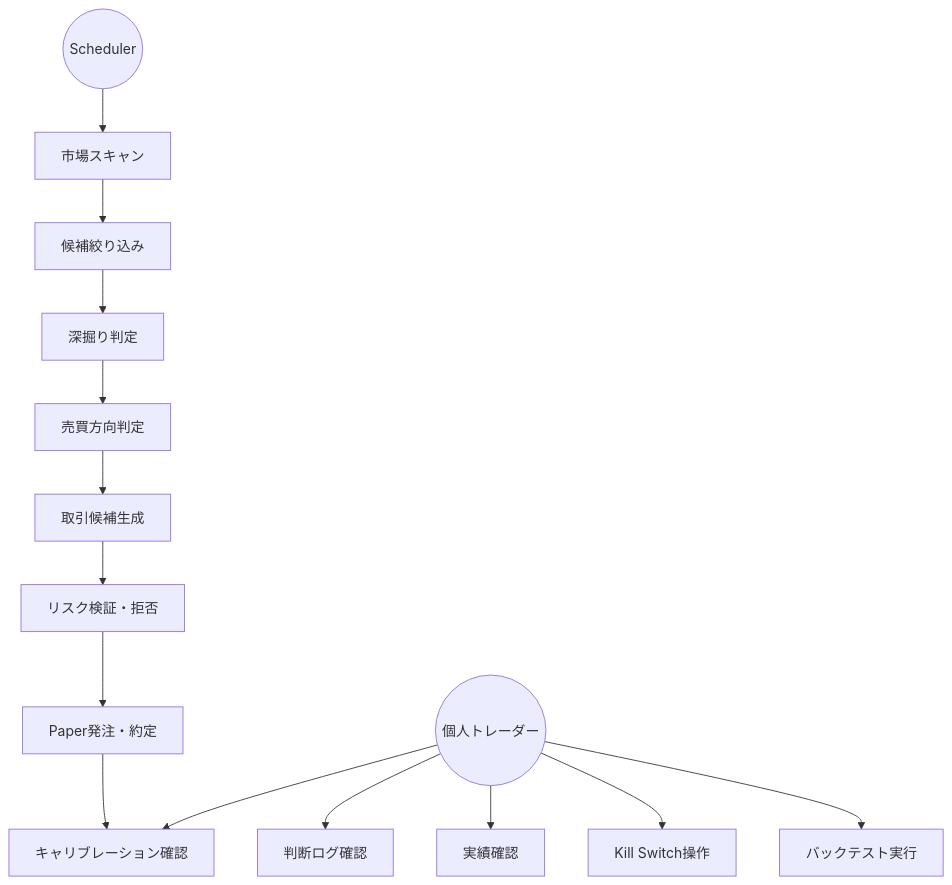
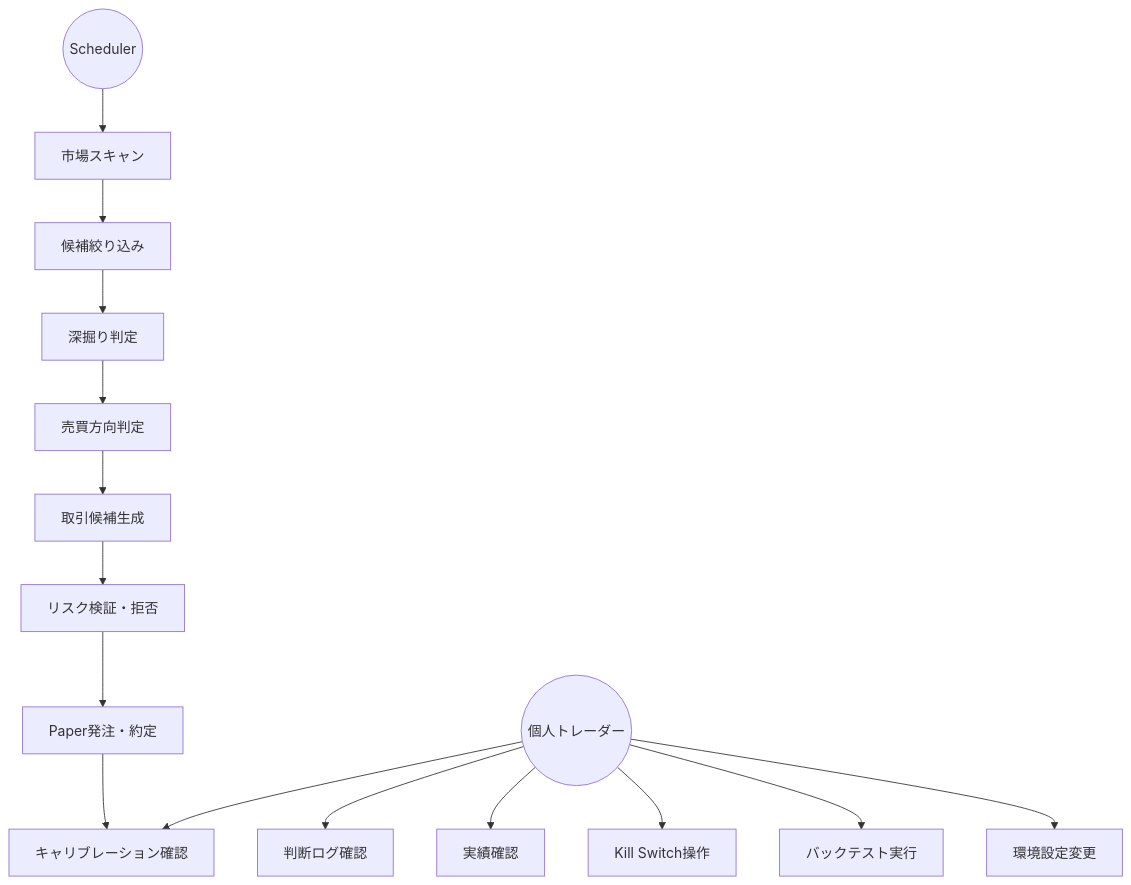
Before and after one commit to ousiassllc/pitha-trador: the first of 3 diagrams in docs/requirements/functional.md, drawn with Mermaid. The commit also changed other lines of this file and 3 other files, not shown here.

````diff
--- a/docs/requirements/functional.md
+++ b/docs/requirements/functional.md
@@ -20,20 +21,21 @@
 ```mermaid
 graph TD
     User((個人トレーダー))
     Scheduler((Scheduler))
 
     Scheduler --> UC1[市場スキャン]
     UC1 --> UC2[候補絞り込み]
     UC2 --> UC3[深掘り判定]
     UC3 --> UC4[売買方向判定]
     UC4 --> UC5[取引候補生成]
     UC5 --> UC6[リスク検証・拒否]
     UC6 --> UC7[Paper発注・約定]
     UC7 --> UC10[キャリブレーション確認]
 
     User --> UC8[判断ログ確認]
     User --> UC9[実績確認]
     User --> UC10
     User --> UC11[Kill Switch操作]
     User --> UC12[バックテスト実行]
+    User --> UC13[環境設定変更]
 ```
````
